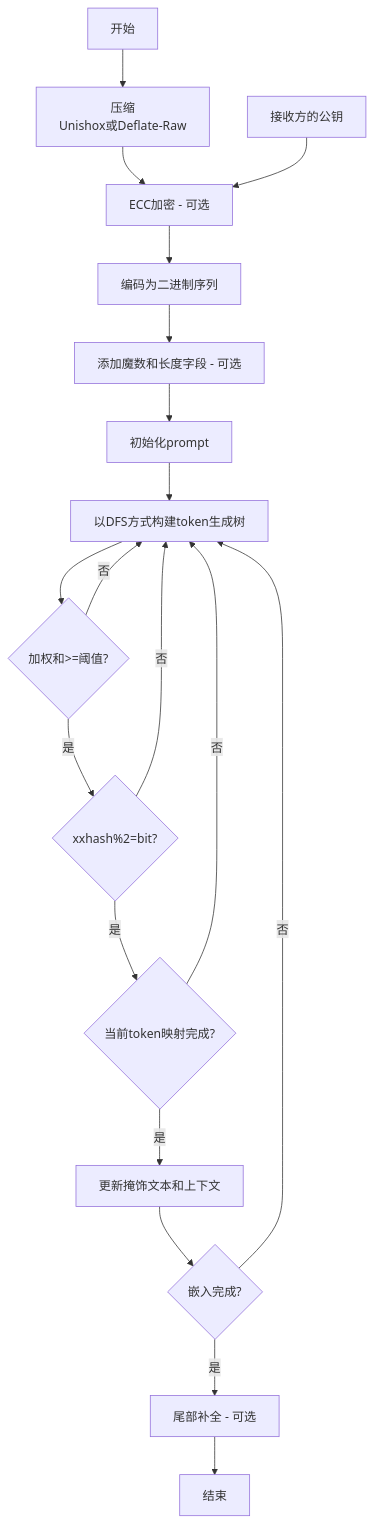
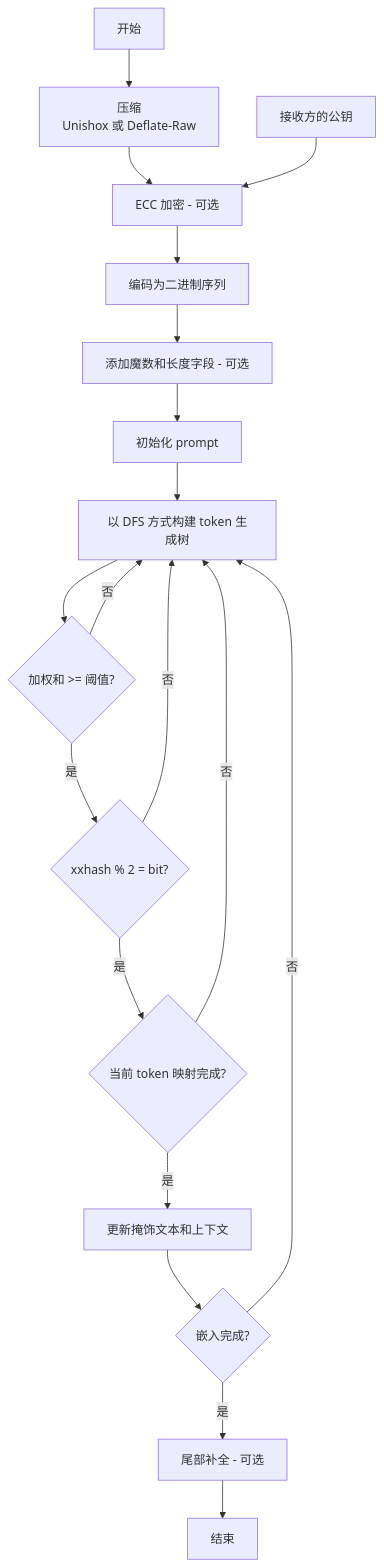
One commit to Rin313/StegLLM changed the diagram in README.md. Above: the diagram before and after it, drawn with Mermaid. The commit also changed other lines of this file and 5 other files, not shown here.

````diff
--- a/README.md
+++ b/README.md
@@ -59,21 +63,21 @@
 ```mermaid
 flowchart TD
-    A[开始] --> compress[压缩<br>Unishox或Deflate-Raw];
-    compress --> encrypt[ECC加密 - 可选];
-    public[接收方的公钥] -->encrypt;
+    A[开始] --> compress[压缩<br>Unishox 或 Deflate-Raw]
+    compress --> encrypt[ECC 加密 - 可选]
+    public[接收方的公钥] --> encrypt
     encrypt --> base[编码为二进制序列]
-base -->magicNum[添加魔数和长度字段 - 可选];
-    magicNum -->prompt[初始化prompt]
-    prompt-->dfs[以DFS方式构建token生成树]
-    dfs --> weightsNum{加权和>=阈值?}
-    weightsNum --> |是|mapping{xxhash%2=bit?}
-    weightsNum --> |否|dfs;
-mapping --> |是|mappingDone{当前token映射完成?}
-    mapping --> |否|dfs;
-    mappingDone -->|是|coverText[更新掩饰文本和上下文]
-    mappingDone -->|否|dfs;
-    coverText --> done{嵌入完成?};
-    done -->|是|tail[尾部补全 - 可选];
-done -->|否|dfs;
-tail -->endd[结束];
+    base --> magicNum[添加魔数和长度字段 - 可选]
+    magicNum --> prompt[初始化 prompt]
+    prompt --> dfs[以 DFS 方式构建 token 生成树]
+    dfs --> weightsNum{加权和 >= 阈值?}
+    weightsNum --> |是| mapping{xxhash % 2 = bit?}
+    weightsNum --> |否| dfs
+    mapping --> |是| mappingDone{当前 token 映射完成?}
+    mapping --> |否| dfs
+    mappingDone --> |是| coverText[更新掩饰文本和上下文]
+    mappingDone --> |否| dfs
+    coverText --> done{嵌入完成?}
+    done --> |是| tail[尾部补全 - 可选]
+    done --> |否| dfs
+    tail --> endd[结束]
 ```
````
